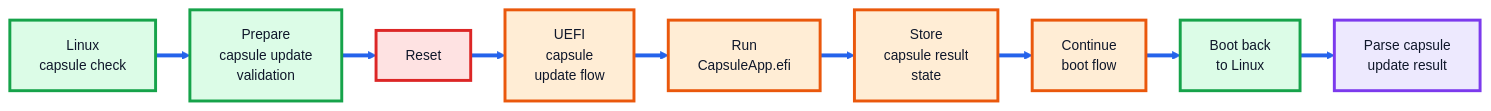
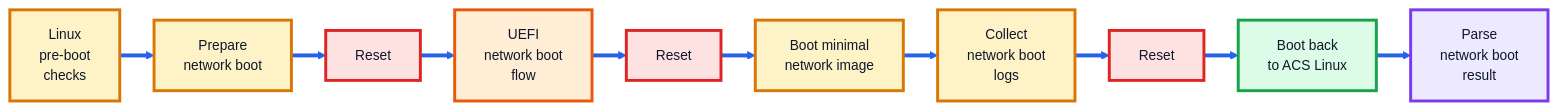
The sixth of 8 diagrams in docs/systemredy_devicetree_band_flow.md (manjunath3divakar/arm-systemready), drawn with Mermaid before and after one commit. The commit also changed other lines of this file, not shown here.

First line of the commit message:
Refactor SystemReady Devicetree Band flow documentation

````diff
--- a/docs/systemredy_devicetree_band_flow.md
+++ b/docs/systemredy_devicetree_band_flow.md
@@ -324,43 +309,47 @@
 ```mermaid
 %%{init: {
   "theme": "base",
   "flowchart": {
     "curve": "linear",
     "nodeSpacing": 25,
     "rankSpacing": 35
   },
   "themeVariables": {
     "fontFamily": "Arial",
     "fontSize": "14px",
     "primaryBorderColor": "#0f172a",
     "lineColor": "#2563eb",
     "tertiaryColor": "#ffffff"
   }
 }}%%
 
 flowchart LR
 
     linkStyle default stroke:#2563eb,stroke-width:4px;
 
-    A["Linux<br/>capsule check"]
-    A --> B["Prepare<br/>capsule update<br/>validation"]
+    A["Linux<br/>pre-boot<br/>checks"]
+    A --> B["Prepare<br/>network boot"]
     B --> R1["Reset"]
 
-    R1 --> C["UEFI<br/>capsule<br/>update flow"]
-    C --> D["Run<br/>CapsuleApp.efi"]
-    D --> E["Store<br/>capsule result<br/>state"]
-    E --> F["Continue<br/>boot flow"]
+    R1 --> C["UEFI<br/>network boot<br/>flow"]
+    C --> R2["Reset"]
 
-    F --> G["Boot back<br/>to Linux"]
-    G --> H["Parse capsule<br/>update result"]
+    R2 --> D["Boot minimal<br/>network image"]
+    D --> E["Collect<br/>network boot<br/>logs"]
+    E --> R3["Reset"]
 
-    classDef linux fill:#dcfce7,stroke:#16a34a,stroke-width:3px,color:#0f172a;
+    R3 --> F["Boot back<br/>to ACS Linux"]
+    F --> G["Parse<br/>network boot<br/>result"]
+
+    classDef optional fill:#fef3c7,stroke:#d97706,stroke-width:3px,color:#0f172a;
     classDef uefi fill:#ffedd5,stroke:#ea580c,stroke-width:3px,color:#0f172a;
     classDef reboot fill:#fee2e2,stroke:#dc2626,stroke-width:3px,color:#0f172a;
+    classDef linux fill:#dcfce7,stroke:#16a34a,stroke-width:3px,color:#0f172a;
     classDef result fill:#ede9fe,stroke:#7c3aed,stroke-width:3px,color:#0f172a;
 
-    class A,B,G linux;
-    class C,D,E,F uefi;
-    class R1 reboot;
-    class H result;
+    class A,B,D,E optional;
+    class C uefi;
+    class R1,R2,R3 reboot;
+    class F linux;
+    class G result;
 ```
````
